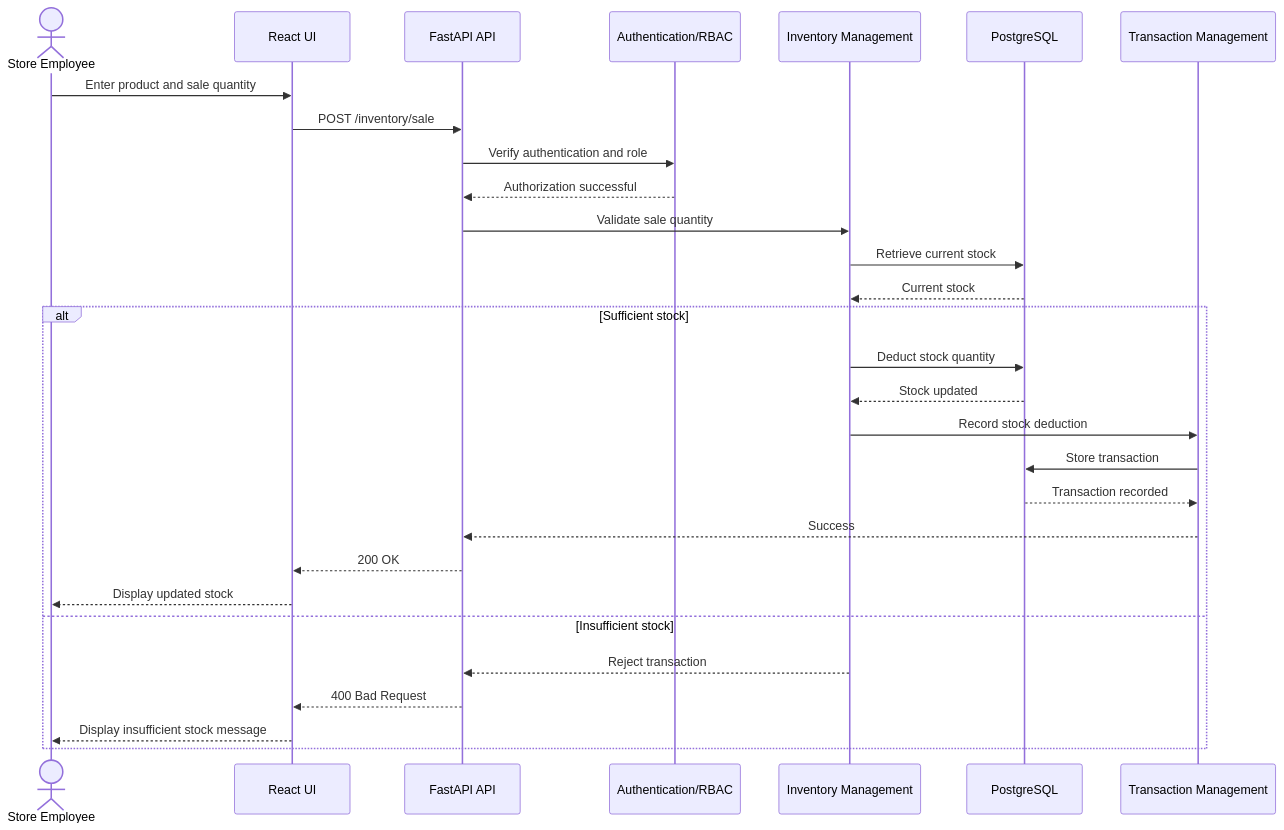
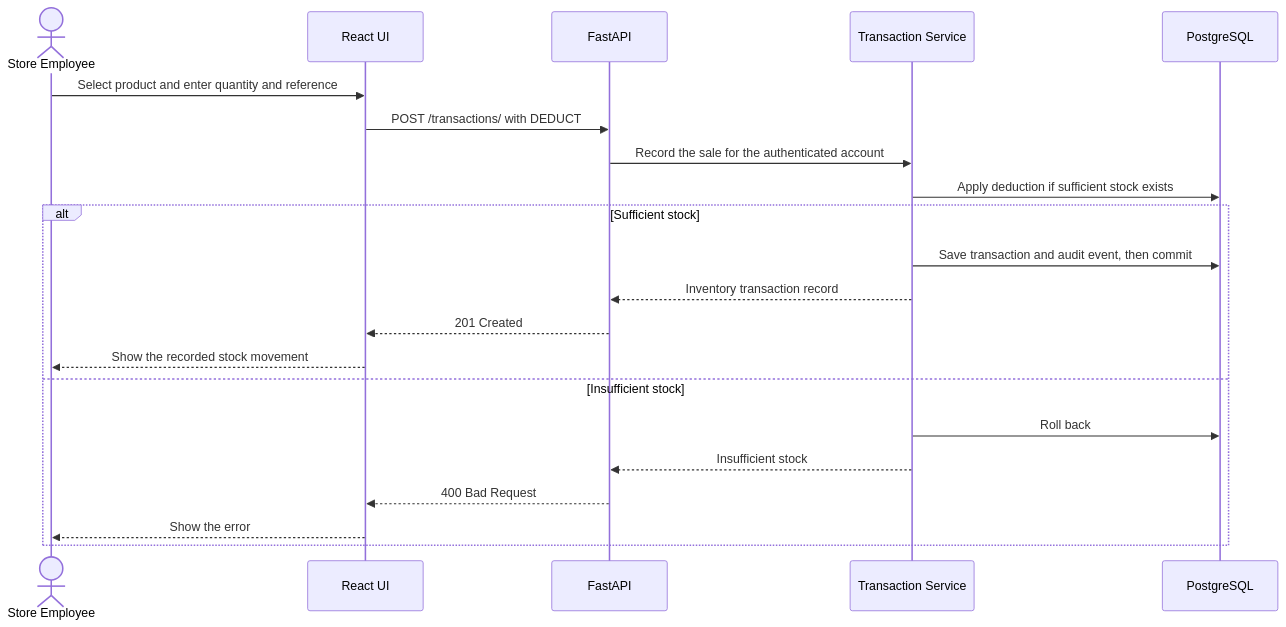
Before and after one commit to electronics-store-inventory-management/electronic-inventory-system: the third of 3 diagrams in docs/architecture/Software_Architecture_and_Design.md, drawn with Mermaid. The commit also changed other lines of this file and 13 other files, not shown here.

````diff
--- a/docs/architecture/Software_Architecture_and_Design.md
+++ b/docs/architecture/Software_Architecture_and_Design.md
@@ -482,34 +493,24 @@
 ```mermaid
 sequenceDiagram
     actor Employee as Store Employee
     participant UI as React UI
-    participant API as FastAPI API
-    participant Auth as Authentication/RBAC
-    participant Inventory as Inventory Management
+    participant API as FastAPI
+    participant Tx as Transaction Service
     participant DB as PostgreSQL
-    participant Transaction as Transaction Management
 
-    Employee->>UI: Enter product and sale quantity
-    UI->>API: POST /inventory/sale
-    API->>Auth: Verify authentication and role
-    Auth-->>API: Authorization successful
-
-    API->>Inventory: Validate sale quantity
-    Inventory->>DB: Retrieve current stock
-    DB-->>Inventory: Current stock
-
+    Employee->>UI: Select product and enter quantity and reference
+    UI->>API: POST /transactions/ with DEDUCT
+    API->>Tx: Record the sale for the authenticated account
+    Tx->>DB: Apply deduction if sufficient stock exists
     alt Sufficient stock
-        Inventory->>DB: Deduct stock quantity
-        DB-->>Inventory: Stock updated
-        Inventory->>Transaction: Record stock deduction
-        Transaction->>DB: Store transaction
-        DB-->>Transaction: Transaction recorded
-        Transaction-->>API: Success
-        API-->>UI: 200 OK
-        UI-->>Employee: Display updated stock
+        Tx->>DB: Save transaction and audit event, then commit
+        Tx-->>API: Inventory transaction record
+        API-->>UI: 201 Created
+        UI-->>Employee: Show the recorded stock movement
     else Insufficient stock
-        Inventory-->>API: Reject transaction
+        Tx->>DB: Roll back
+        Tx-->>API: Insufficient stock
         API-->>UI: 400 Bad Request
-        UI-->>Employee: Display insufficient stock message
+        UI-->>Employee: Show the error
     end
 ```
````
